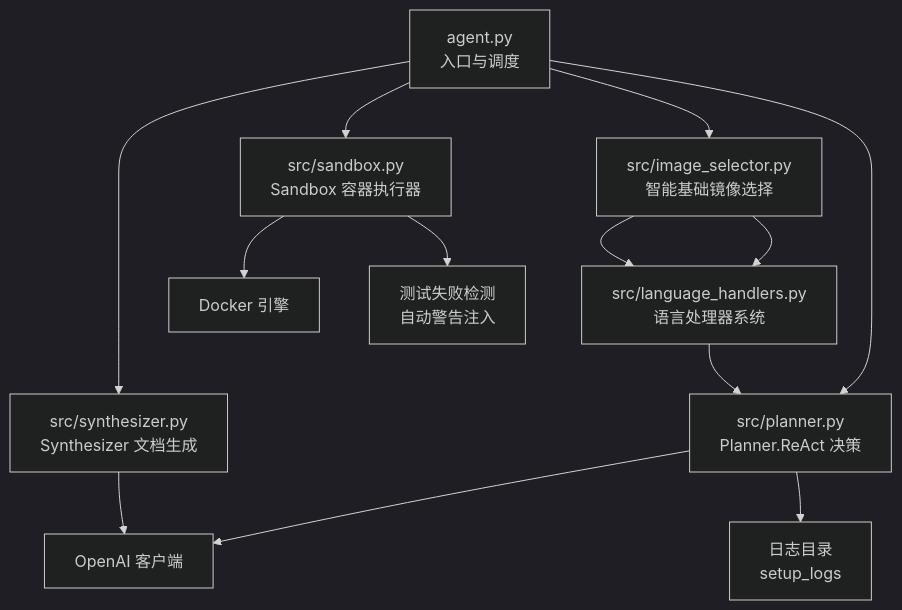
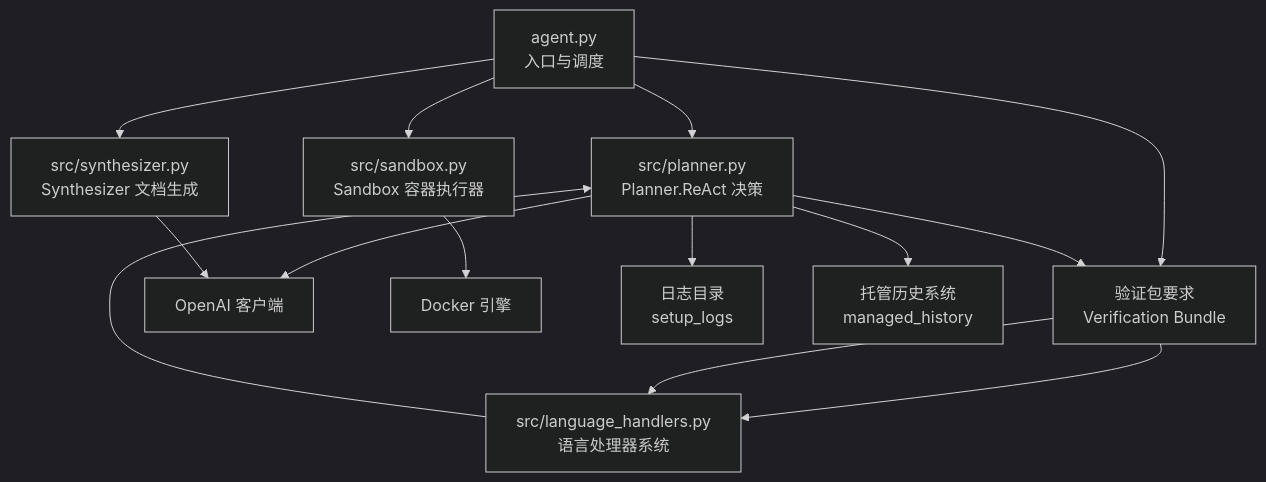
Before and after one commit to Jayint/Jayint-repo: the first of 10 diagrams in .qoder/repowiki/zh/content/核心组件/Planner 模块.md, drawn with Mermaid (dark theme). The commit also changed other lines of this file and 168 other files, not shown here.

````diff
--- a/.qoder/repowiki/zh/content/核心组件/Planner 模块.md
+++ b/.qoder/repowiki/zh/content/核心组件/Planner 模块.md
@@ -59,15 +53,16 @@
 ```mermaid
 graph TB
 A["agent.py<br/>入口与调度"] --> B["src/planner.py<br/>Planner.ReAct 决策"]
 A --> I["src/image_selector.py<br/>智能基础镜像选择"]
 I --> L["src/language_handlers.py<br/>语言处理器系统"]
 A --> C["src/sandbox.py<br/>Sandbox 容器执行器"]
 A --> D["src/synthesizer.py<br/>Synthesizer 文档生成"]
 B --> E["OpenAI 客户端"]
 C --> F["Docker 引擎"]
 D --> E
 I --> L
 L --> B
 B --> G["日志目录<br/>setup_logs"]
-C --> H["测试失败检测<br/>自动警告注入"]
+B --> H["托管历史系统<br/>managed_history"]
+B --> I["验证包要求<br/>Verification Bundle"]
 ```
````
